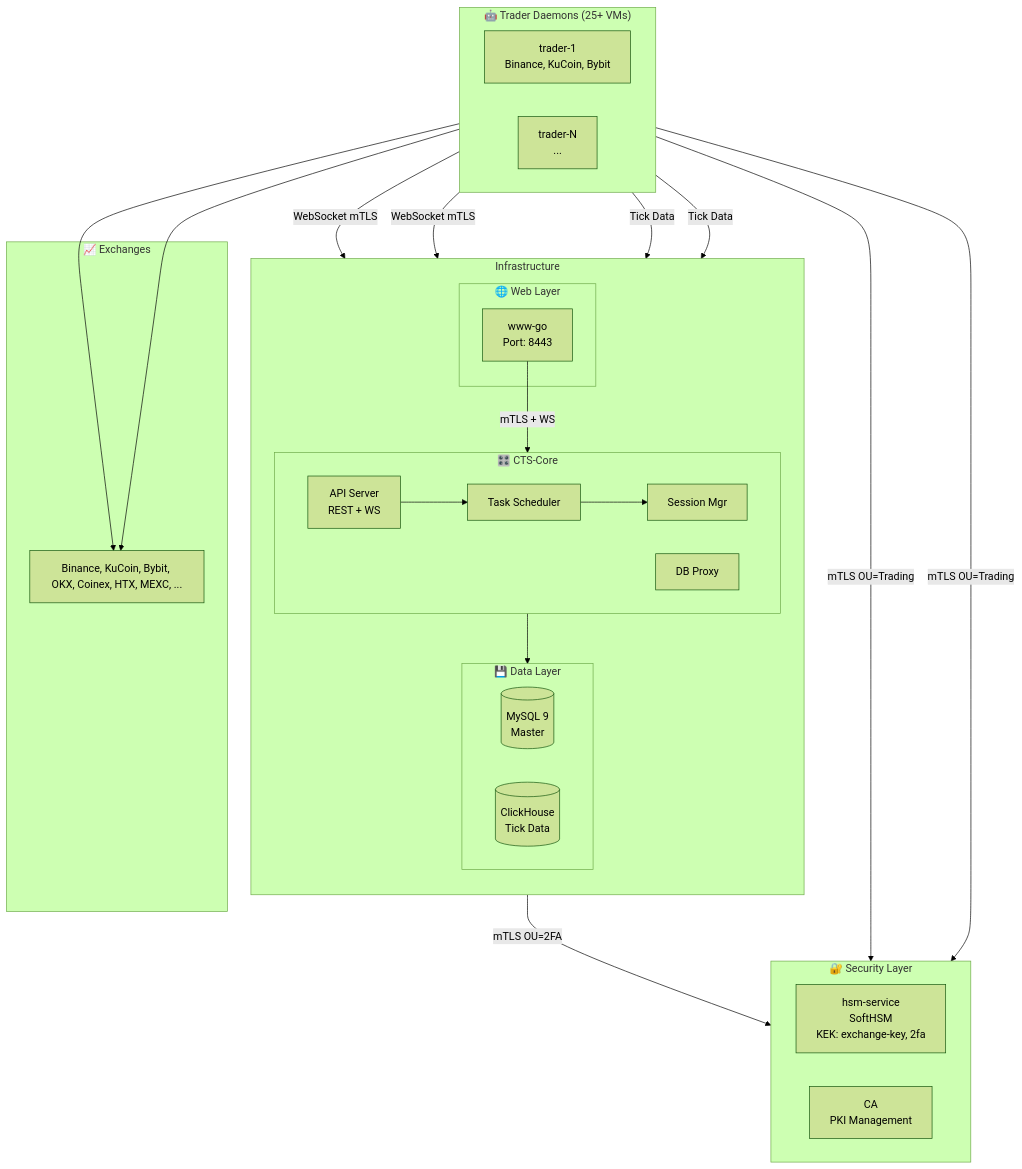
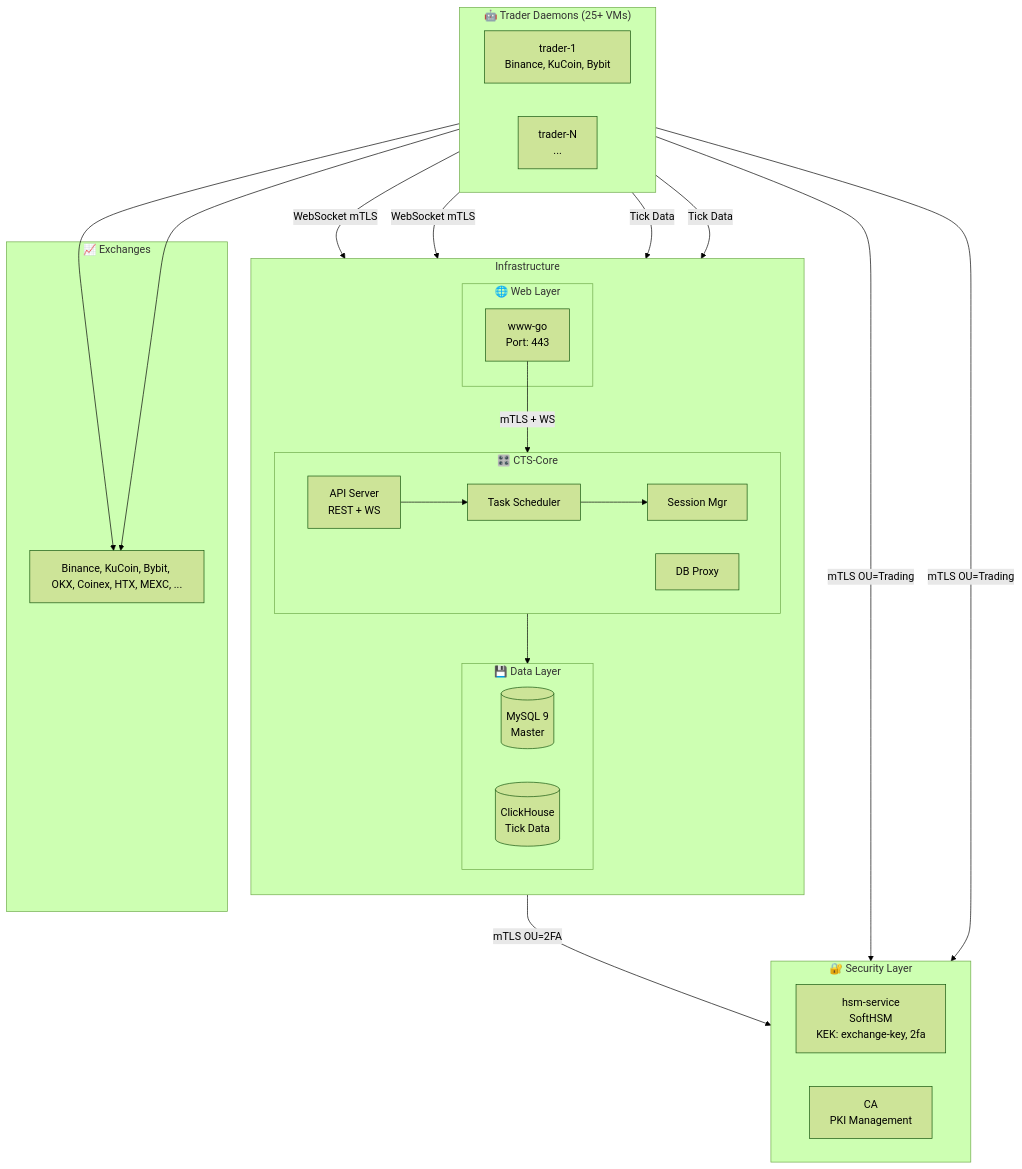
The first of 12 diagrams in ARCHITECTURE.md (titaev-lv/cts-core), drawn with Mermaid (forest theme) before and after one commit. The commit also changed other lines of this file, not shown here.

Commit message:
Fix errors in diagrams

````diff
--- a/ARCHITECTURE.md
+++ b/ARCHITECTURE.md
@@ -128,57 +128,57 @@
 ```mermaid
 flowchart TB
     subgraph SECURITY["🔐 Security Layer"]
         direction LR
         HSM[hsm-service<br/>SoftHSM<br/>KEK: exchange-key, 2fa]
         CA[CA<br/>PKI Management]
     end
     
     subgraph EXCHANGES["📈 Exchanges"]
         EX[Binance, KuCoin, Bybit, OKX, Coinex, HTX, MEXC, ...]
     end
     
     subgraph TRADERS["🤖 Trader Daemons (25+ VMs)"]
         direction LR
         T1[trader-1<br/>Binance, KuCoin, Bybit]
         TN[trader-N<br/>...]
     end
     
     subgraph INFRA["Infrastructure"]
         direction TB
         subgraph CORE["🎛️ CTS-Core"]
             direction LR
             API[API Server<br/>REST + WS]
             SCHED[Task Scheduler]
             SESS[Session Mgr]
             DBPROXY[DB Proxy]
         end
         
         subgraph DATA["💾 Data Layer"]
             direction LR
             MYSQL[(MySQL 9<br/>Master)]
             CH[(ClickHouse<br/>Tick Data)]
         end
         
         subgraph WEB["🌐 Web Layer"]
-            WWW[www-go<br/>Port: 8443]
+            WWW[www-go<br/>Port: 443]
         end
     end
     
     %% Security connections
     T1 & TN -->|mTLS OU=Trading| HSM
     WWW -->|mTLS OU=2FA| HSM
     
     %% Trader to exchanges
     T1 & TN --> EX
     
     %% Traders to Core
     T1 & TN -->|WebSocket mTLS| API
     
     %% Traders to ClickHouse
     T1 & TN -->|Tick Data| CH
     
     %% Core connections
     WWW -->|mTLS + WS| API
     DBPROXY --> MYSQL
     API --> SCHED --> SESS
 ```
````
